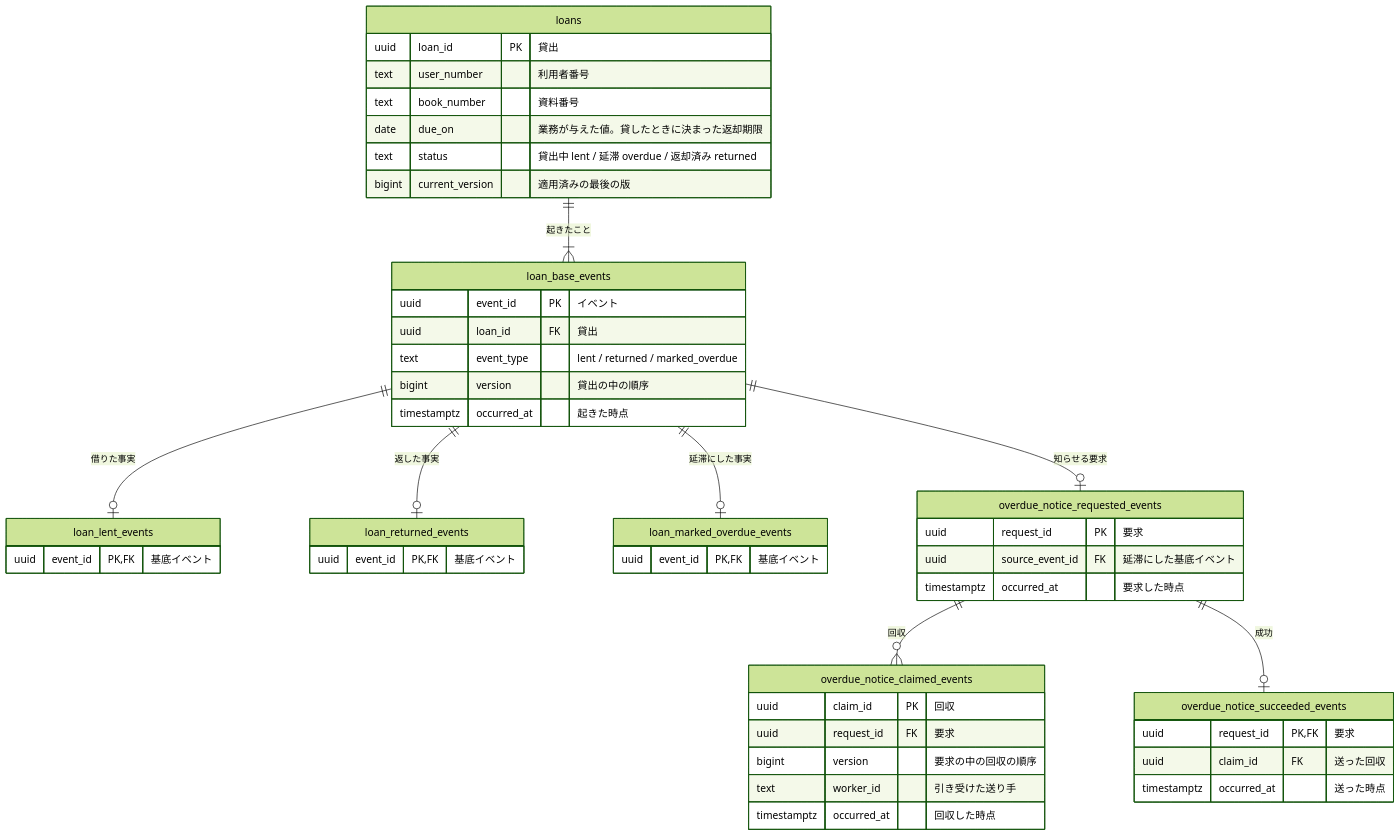
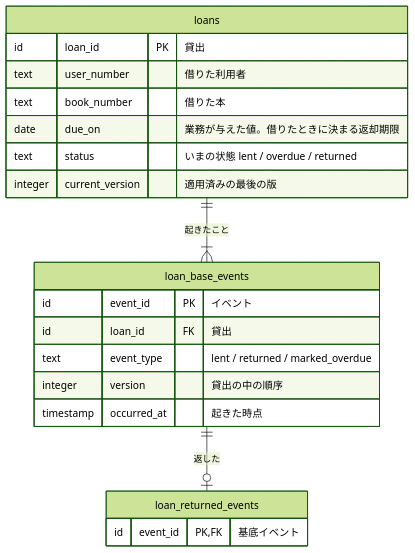
Before and after one commit to nakamori-naoya/write-doc-plugins: the diagram in plugins/write-doc/skills/write-doc/assets/examples/command-data-model.example.md, drawn with Mermaid (forest theme). The commit also changed other lines of this file and 44 other files, not shown here.

````diff
--- a/plugins/write-doc/skills/write-doc/assets/examples/command-data-model.example.md
+++ b/plugins/write-doc/skills/write-doc/assets/examples/command-data-model.example.md
@@ -30,51 +27,23 @@
 ```mermaid
 erDiagram
     loans {
-        uuid loan_id PK "貸出"
-        text user_number "利用者番号"
-        text book_number "資料番号"
-        date due_on "業務が与えた値。貸したときに決まった返却期限"
-        text status "貸出中 lent / 延滞 overdue / 返却済み returned"
-        bigint current_version "適用済みの最後の版"
+        id loan_id PK "貸出"
+        text user_number "借りた利用者"
+        text book_number "借りた本"
+        date due_on "業務が与えた値。借りたときに決まる返却期限"
+        text status "いまの状態 lent / overdue / returned"
+        integer current_version "適用済みの最後の版"
     }
     loan_base_events {
-        uuid event_id PK "イベント"
-        uuid loan_id FK "貸出"
+        id event_id PK "イベント"
+        id loan_id FK "貸出"
         text event_type "lent / returned / marked_overdue"
-        bigint version "貸出の中の順序"
-        timestamptz occurred_at "起きた時点"
-    }
-    loan_lent_events {
-        uuid event_id PK, FK "基底イベント"
+        integer version "貸出の中の順序"
+        timestamp occurred_at "起きた時点"
     }
     loan_returned_events {
-        uuid event_id PK, FK "基底イベント"
-    }
-    loan_marked_overdue_events {
-        uuid event_id PK, FK "基底イベント"
-    }
-    overdue_notice_requested_events {
-        uuid request_id PK "要求"
-        uuid source_event_id FK "延滞にした基底イベント"
-        timestamptz occurred_at "要求した時点"
-    }
-    overdue_notice_claimed_events {
-        uuid claim_id PK "回収"
-        uuid request_id FK "要求"
-        bigint version "要求の中の回収の順序"
-        text worker_id "引き受けた送り手"
-        timestamptz occurred_at "回収した時点"
-    }
-    overdue_notice_succeeded_events {
-        uuid request_id PK, FK "要求"
-        uuid claim_id FK "送った回収"
-        timestamptz occurred_at "送った時点"
+        id event_id PK, FK "基底イベント"
     }
     loans ||--|{ loan_base_events : "起きたこと"
-    loan_base_events ||--o| loan_lent_events : "借りた事実"
-    loan_base_events ||--o| loan_returned_events : "返した事実"
-    loan_base_events ||--o| loan_marked_overdue_events : "延滞にした事実"
-    loan_base_events ||--o| overdue_notice_requested_events : "知らせる要求"
-    overdue_notice_requested_events ||--o{ overdue_notice_claimed_events : "回収"
-    overdue_notice_requested_events ||--o| overdue_notice_succeeded_events : "成功"
+    loan_base_events ||--o| loan_returned_events : "返した"
 ```
````
